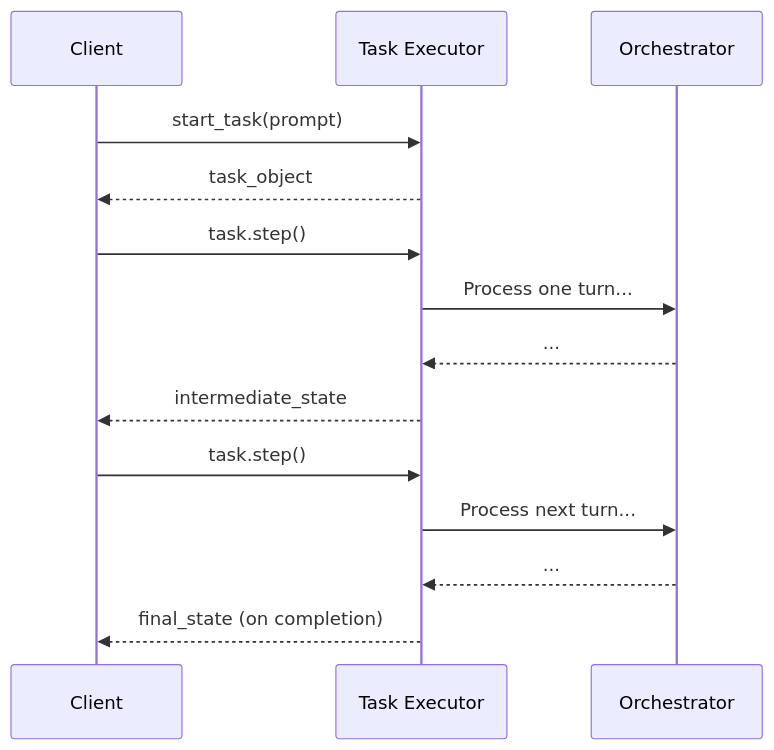
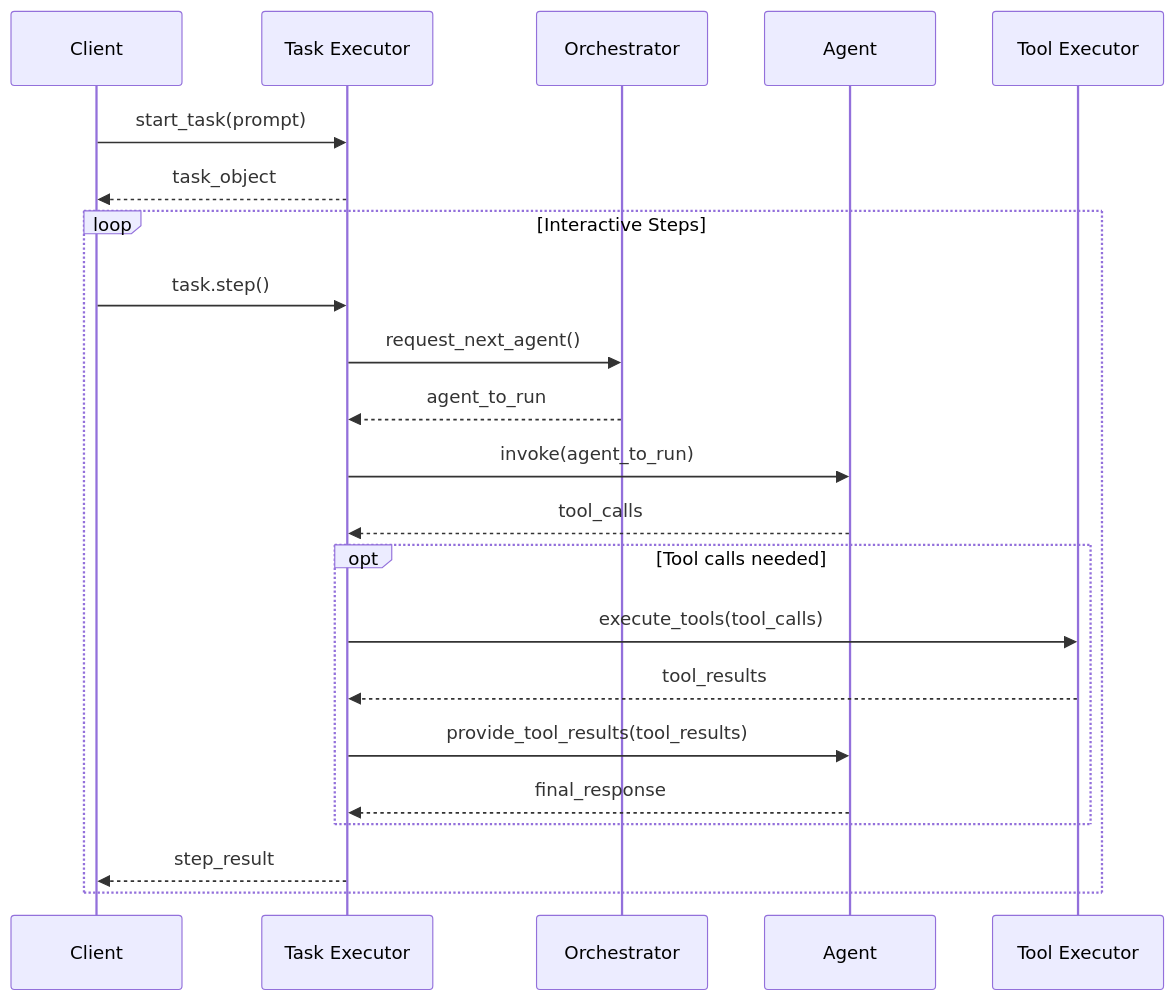
The third of 4 diagrams in docs/01-architecture.md (dustland/roboco), drawn with Mermaid before and after one commit. The commit also changed other lines of this file, not shown here.

Commit message:
refactor: update AgentX architecture documentation to improve structure, enhance clarity of key components, and refine explanations of collaboration models and execution modes

````diff
--- a/docs/01-architecture.md
+++ b/docs/01-architecture.md
@@ -143,19 +130,26 @@
 ```mermaid
 sequenceDiagram
     participant C as Client
     participant TX as Task Executor
     participant OR as Orchestrator
+    participant AG as Agent
+    participant TE as Tool Executor
 
     C->>TX: start_task(prompt)
     TX-->>C: task_object
 
-    C->>TX: task.step()
-    TX->>OR: Process one turn...
-    OR-->>TX: ...
-    TX-->>C: intermediate_state
-
-    C->>TX: task.step()
-    TX->>OR: Process next turn...
-    OR-->>TX: ...
-    TX-->>C: final_state (on completion)
+    loop Interactive Steps
+        C->>TX: task.step()
+        TX->>OR: request_next_agent()
+        OR-->>TX: agent_to_run
+        TX->>AG: invoke(agent_to_run)
+        AG-->>TX: tool_calls
+        opt Tool calls needed
+            TX->>TE: execute_tools(tool_calls)
+            TE-->>TX: tool_results
+            TX->>AG: provide_tool_results(tool_results)
+            AG-->>TX: final_response
+        end
+        TX-->>C: step_result
+    end
 ```
````
